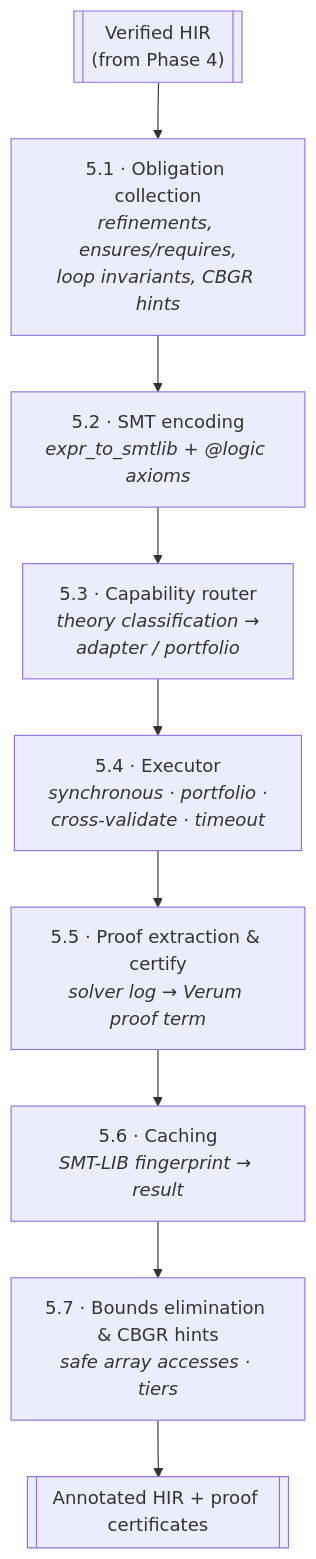
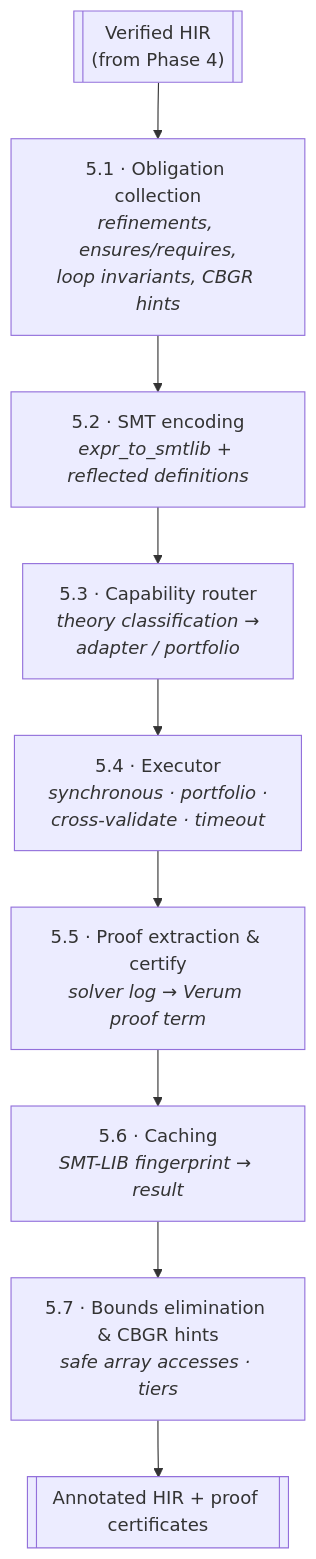
One commit to verum-lang/website changed the diagram in docs/architecture/verification-pipeline.md. Above: the diagram before and after it, drawn with Mermaid. The commit also changed other lines of this file and 31 other files, not shown here.

````diff
--- a/docs/architecture/verification-pipeline.md
+++ b/docs/architecture/verification-pipeline.md
@@ -49,14 +49,14 @@
 ```mermaid
 flowchart TD
     IN[["Verified HIR<br/>(from Phase 4)"]]
     S1["5.1 · Obligation collection<br/><i>refinements, ensures/requires,<br/>loop invariants, CBGR hints</i>"]
-    S2["5.2 · SMT encoding<br/><i>expr_to_smtlib + @logic axioms</i>"]
+    S2["5.2 · SMT encoding<br/><i>expr_to_smtlib + reflected definitions</i>"]
     S3["5.3 · Capability router<br/><i>theory classification →<br/>adapter / portfolio</i>"]
     S4["5.4 · Executor<br/><i>synchronous · portfolio ·<br/>cross-validate · timeout</i>"]
     S5["5.5 · Proof extraction & certify<br/><i>solver log → Verum proof term</i>"]
     S6["5.6 · Caching<br/><i>SMT-LIB fingerprint → result</i>"]
     S7["5.7 · Bounds elimination & CBGR hints<br/><i>safe array accesses · tiers</i>"]
     OUT[["Annotated HIR + proof certificates"]]
 
     IN --> S1 --> S2 --> S3 --> S4 --> S5 --> S6 --> S7 --> OUT
 ```
````
